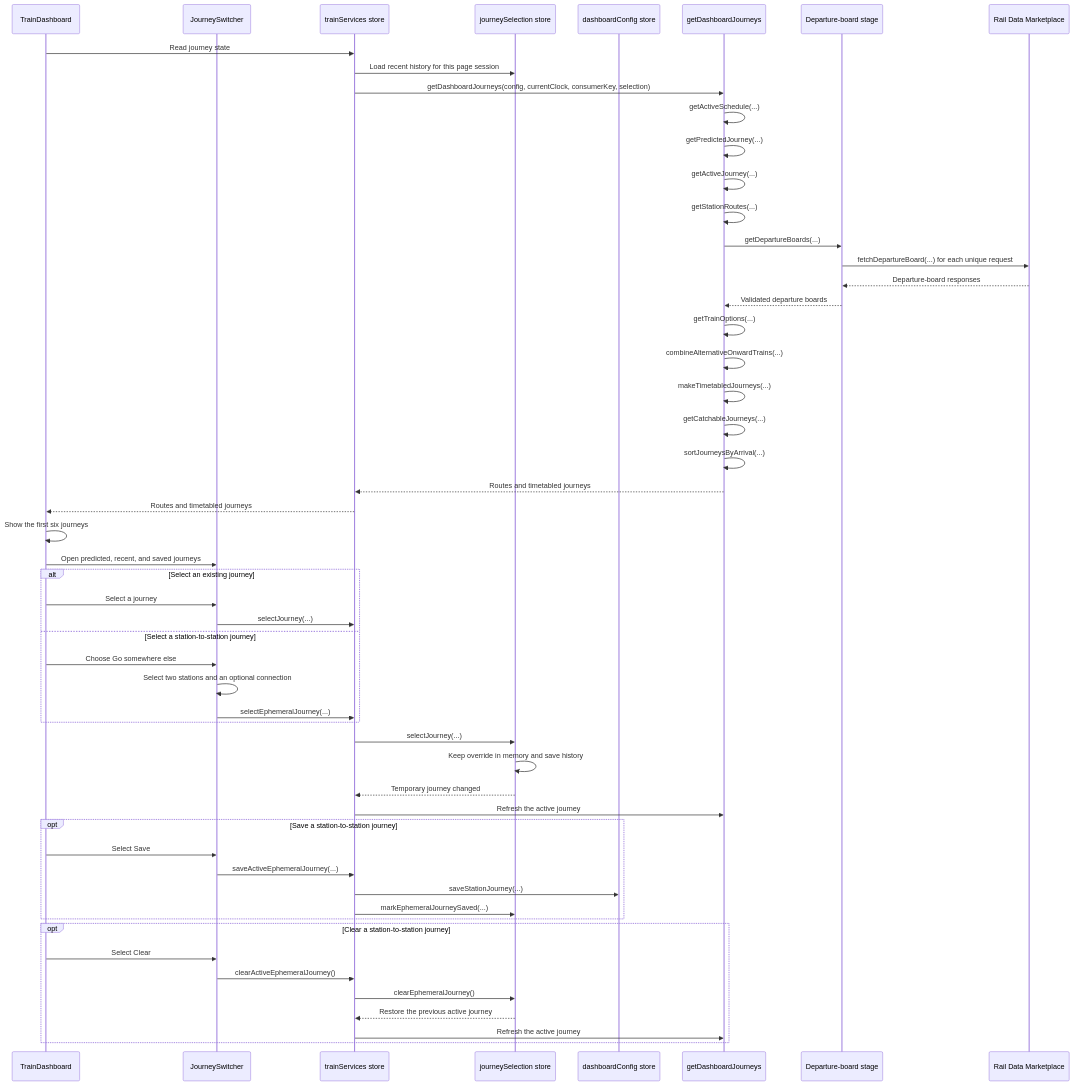
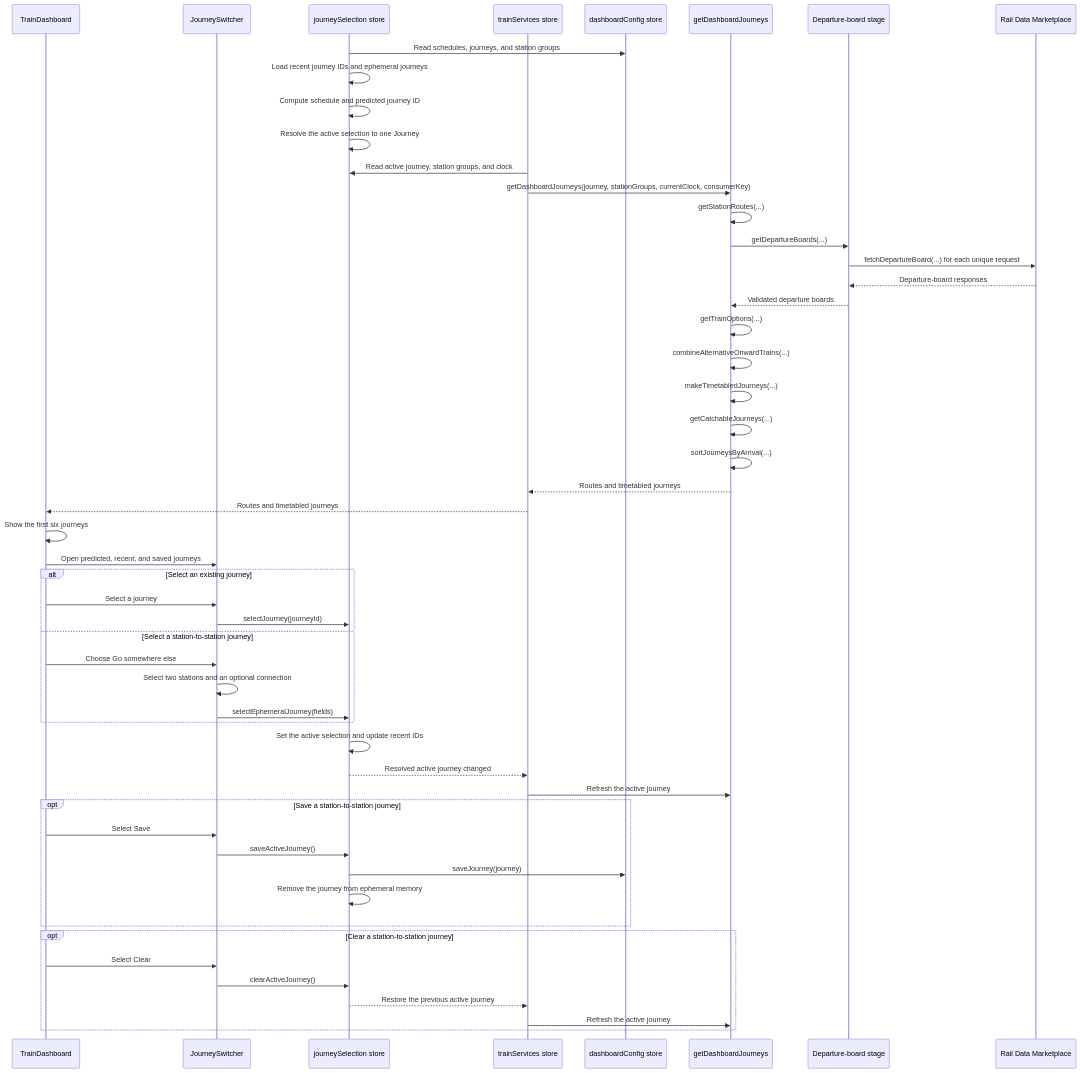
One commit to nd9600/trainDashboard changed the first of 2 diagrams in docs/journey-planning.md. Above: the diagram before and after it, drawn with Mermaid. The commit also changed other lines of this file and 18 other files, not shown here.

````diff
--- a/docs/journey-planning.md
+++ b/docs/journey-planning.md
@@ -37,60 +37,58 @@
 ```mermaid
 sequenceDiagram
     participant UI as TrainDashboard
     participant Switcher as JourneySwitcher
+    participant Selection as journeySelection store
     participant Store as trainServices store
-    participant Selection as journeySelection store
     participant Config as dashboardConfig store
     participant Pipeline as getDashboardJourneys
     participant Boards as Departure-board stage
     participant API as Rail Data Marketplace
 
-    UI->>Store: Read journey state
-    Store->>Selection: Load recent history for this page session
-    Store->>Pipeline: getDashboardJourneys(config, currentClock, consumerKey, selection)
-    Pipeline->>Pipeline: getActiveSchedule(...)
-    Pipeline->>Pipeline: getPredictedJourney(...)
-    Pipeline->>Pipeline: getActiveJourney(...)
+    Selection->>Config: Read schedules, journeys, and station groups
+    Selection->>Selection: Load recent journey IDs and ephemeral journeys
+    Selection->>Selection: Compute schedule and predicted journey ID
+    Selection->>Selection: Resolve the active selection to one Journey
+    Store->>Selection: Read active journey, station groups, and clock
+    Store->>Pipeline: getDashboardJourneys(journey, stationGroups, currentClock, consumerKey)
     Pipeline->>Pipeline: getStationRoutes(...)
     Pipeline->>Boards: getDepartureBoards(...)
     Boards->>API: fetchDepartureBoard(...) for each unique request
     API-->>Boards: Departure-board responses
     Boards-->>Pipeline: Validated departure boards
     Pipeline->>Pipeline: getTrainOptions(...)
     Pipeline->>Pipeline: combineAlternativeOnwardTrains(...)
     Pipeline->>Pipeline: makeTimetabledJourneys(...)
     Pipeline->>Pipeline: getCatchableJourneys(...)
     Pipeline->>Pipeline: sortJourneysByArrival(...)
     Pipeline-->>Store: Routes and timetabled journeys
     Store-->>UI: Routes and timetabled journeys
     UI->>UI: Show the first six journeys
 
     UI->>Switcher: Open predicted, recent, and saved journeys
     alt Select an existing journey
         UI->>Switcher: Select a journey
-        Switcher->>Store: selectJourney(...)
+        Switcher->>Selection: selectJourney(journeyId)
     else Select a station-to-station journey
         UI->>Switcher: Choose Go somewhere else
         Switcher->>Switcher: Select two stations and an optional connection
-        Switcher->>Store: selectEphemeralJourney(...)
+        Switcher->>Selection: selectEphemeralJourney(fields)
     end
-    Store->>Selection: selectJourney(...)
-    Selection->>Selection: Keep override in memory and save history
-    Selection-->>Store: Temporary journey changed
+    Selection->>Selection: Set the active selection and update recent IDs
+    Selection-->>Store: Resolved active journey changed
     Store->>Pipeline: Refresh the active journey
 
     opt Save a station-to-station journey
         UI->>Switcher: Select Save
-        Switcher->>Store: saveActiveEphemeralJourney(...)
-        Store->>Config: saveStationJourney(...)
-        Store->>Selection: markEphemeralJourneySaved(...)
+        Switcher->>Selection: saveActiveJourney()
+        Selection->>Config: saveJourney(journey)
+        Selection->>Selection: Remove the journey from ephemeral memory
     end
 
     opt Clear a station-to-station journey
         UI->>Switcher: Select Clear
-        Switcher->>Store: clearActiveEphemeralJourney()
-        Store->>Selection: clearEphemeralJourney()
+        Switcher->>Selection: clearActiveJourney()
         Selection-->>Store: Restore the previous active journey
         Store->>Pipeline: Refresh the active journey
     end
 ```
````
